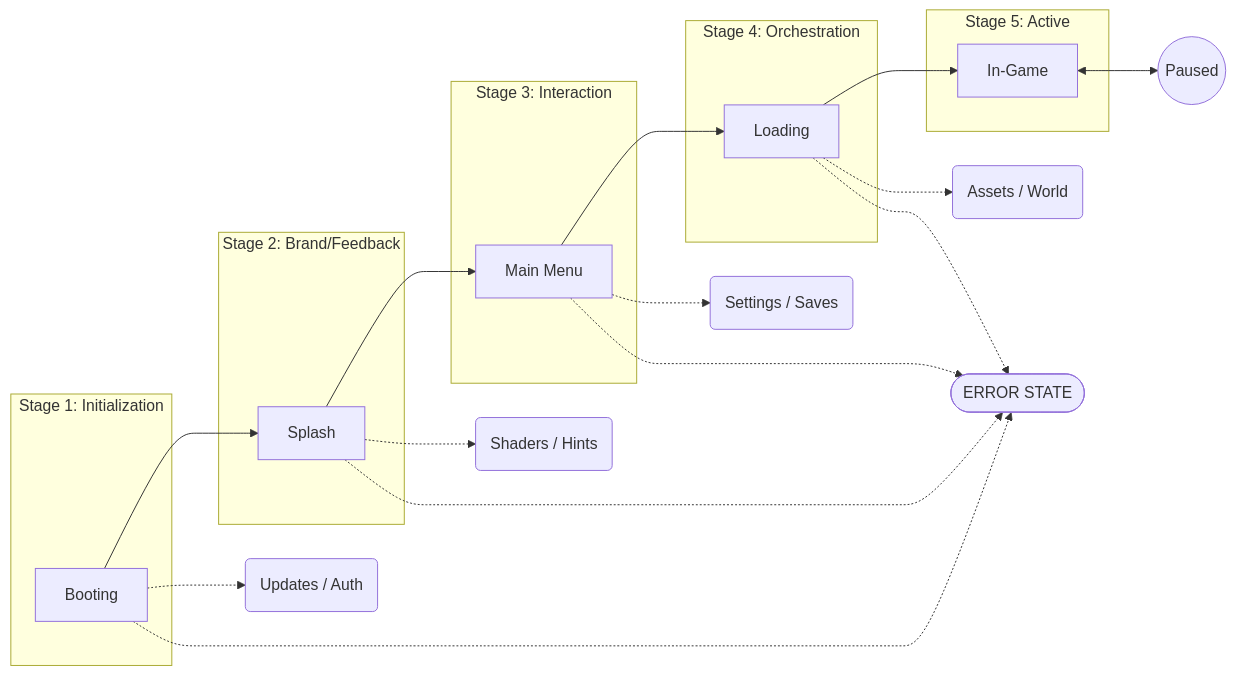
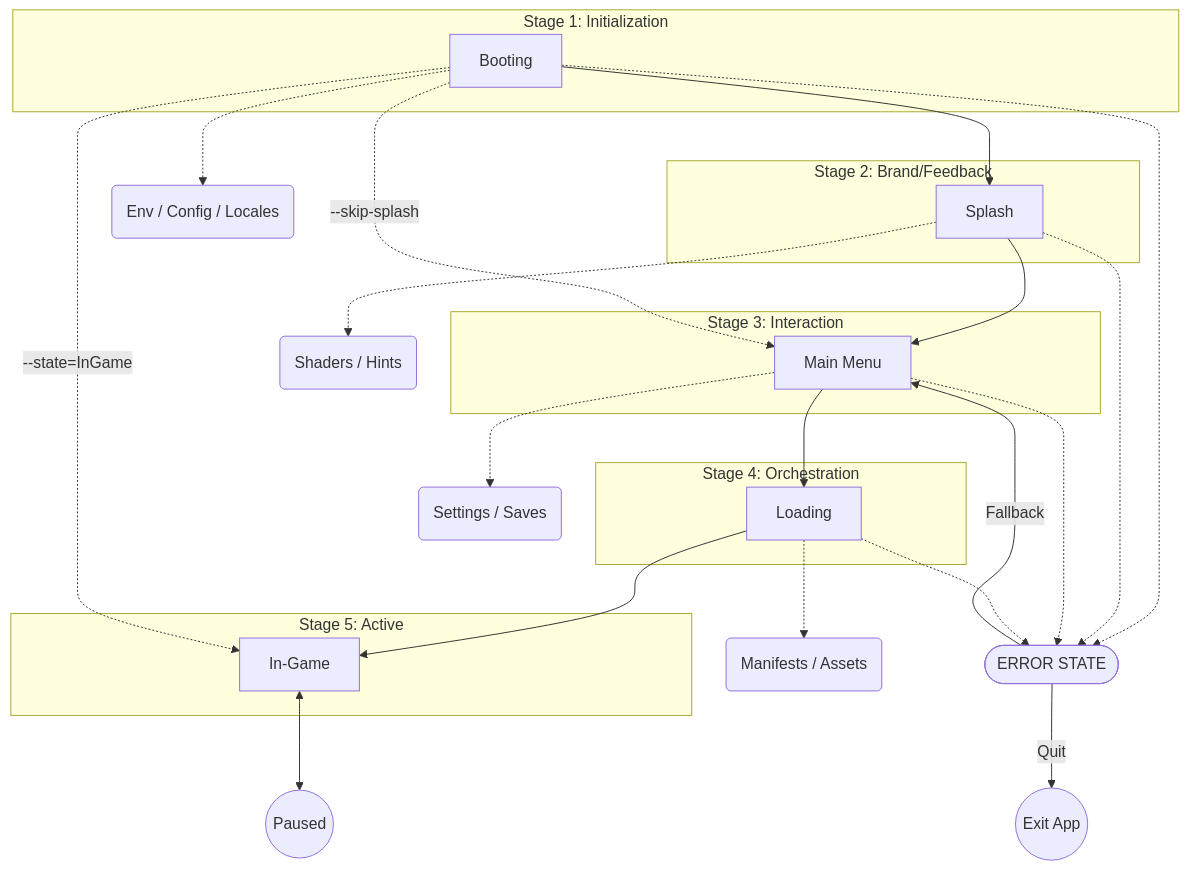
The diagram in docs/specs/launching.md (teratron/planetarium), drawn with Mermaid before and after one commit. The commit also changed other lines of this file and 1 other file, not shown here.

Commit message:
docs(launching): update launch sequence diagrams and add robustness specs

````diff
--- a/docs/specs/launching.md
+++ b/docs/specs/launching.md
@@ -11,34 +11,41 @@
 ```mermaid
-graph LR
+graph TD
     subgraph S1 [Stage 1: Initialization]
         Booting[Booting]
     end
     subgraph S2 [Stage 2: Brand/Feedback]
         Splash[Splash]
     end
     subgraph S3 [Stage 3: Interaction]
         MainMenu[Main Menu]
     end
     subgraph S4 [Stage 4: Orchestration]
         Loading[Loading]
     end
     subgraph S5 [Stage 5: Active]
         InGame[In-Game]
     end
 
+    %% Standard Flow
     Booting --> Splash
     Splash --> MainMenu
     MainMenu --> Loading
     Loading --> InGame
     
+    %% Dev Backdoor (CLI Bypass)
+    Booting -.->|"--skip-splash"| MainMenu
+    Booting -.->|"--state=InGame"| InGame
+    
     %% Background details
-    Booting -.-> B_Init(Updates / Auth)
+    Booting -.-> B_Init(Env / Config / Locales)
     Splash -.-> S_Pre(Shaders / Hints)
     MainMenu -.-> M_Opt(Settings / Saves)
-    Loading -.-> L_Ast(Assets / World)
+    Loading -.-> L_Ast(Manifests / Assets)
     
     InGame <--> Paused((Paused))
     
-    %% Error Flow
+    %% Error Flow & Fallback
     Booting & Splash & MainMenu & Loading -.-> Error([ERROR STATE])
+    Error -->|Fallback| MainMenu
+    Error -->|Quit| Exit((Exit App))
 ```
````
